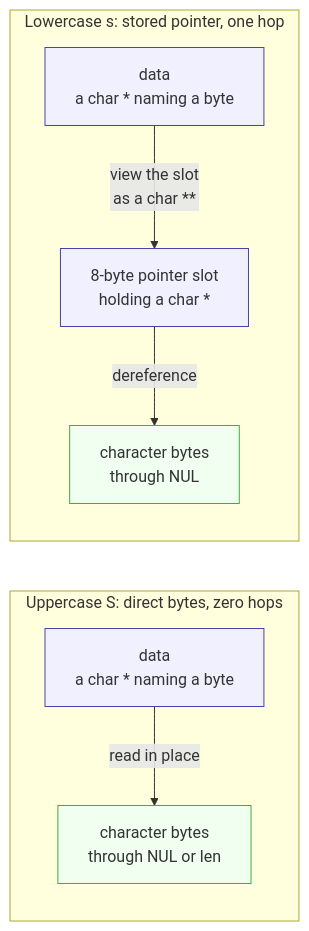
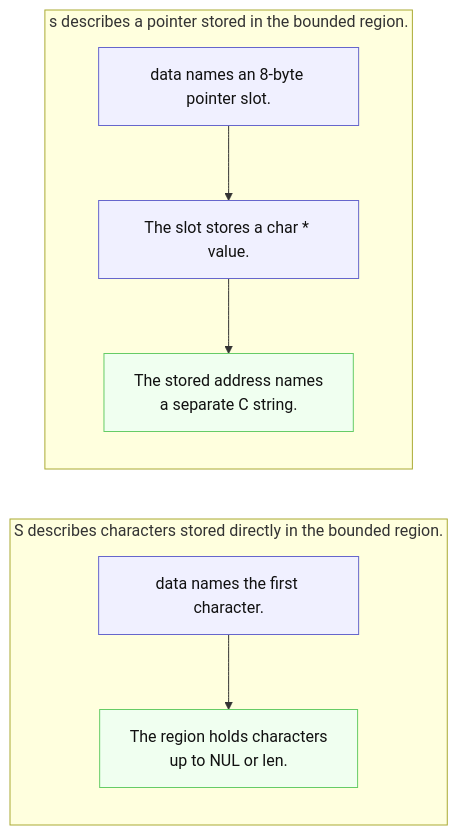
Before and after one commit to cv47522/xv6-riscv: the diagram in docs/labs/03-util-memdump.md, drawn with Mermaid. The commit also changed other lines of this file and 1 other file, not shown here.

````diff
--- a/docs/labs/03-util-memdump.md
+++ b/docs/labs/03-util-memdump.md
@@ -179,15 +194,14 @@
 ```mermaid
 flowchart LR
-    subgraph direct["Uppercase S: direct bytes, zero hops"]
-        D["data<br/>a char * naming a byte"] -->|"read in place"| C["character bytes<br/>through NUL or len"]
+    subgraph direct["S describes characters stored directly in the bounded region."]
+        D["data names the first character."] --> C["The region holds characters<br/>up to NUL or len."]
     end
-
-    subgraph indirect["Lowercase s: stored pointer, one hop"]
-        I["data<br/>a char * naming a byte"] -->|"view the slot<br/>as a char **"| P["8-byte pointer slot<br/>holding a char *"] -->|"dereference"| T["character bytes<br/>through NUL"]
+    subgraph indirect["s describes a pointer stored in the bounded region."]
+        I["data names an 8-byte pointer slot."] --> P["The slot stores a char * value."]
+        P --> T["The stored address names<br/>a separate C string."]
     end
-
-    classDef decision fill:#f0f0ff,stroke:#44a
-    classDef data fill:#f0fff0,stroke:#4a4
-    class D,I,P decision
+    classDef routing fill:#f0f0ff,stroke:#66c,color:#111
+    classDef data fill:#f0fff0,stroke:#6c6,color:#111
+    class D,I,P routing
     class C,T data
 ```
````
